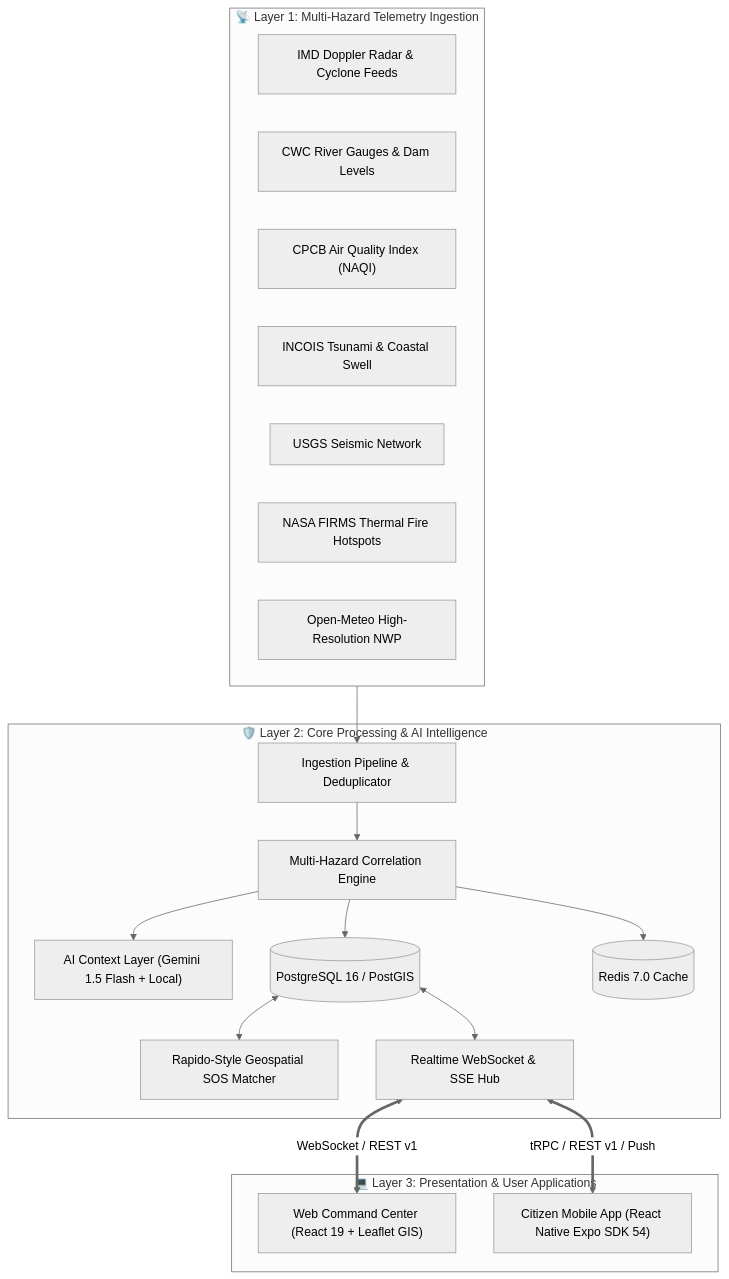
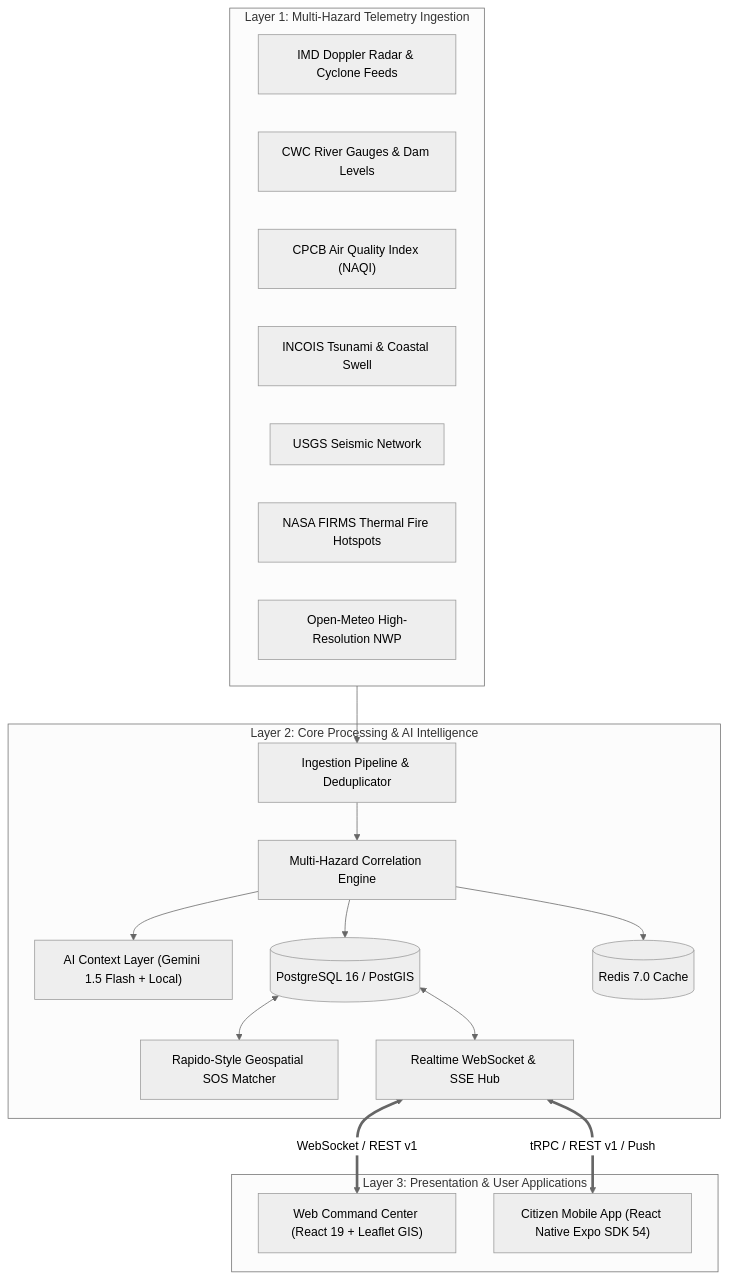
One commit to 25A31A0356/aegis-software changed the fourth of 4 diagrams in README.md. Above: the diagram before and after it, drawn with Mermaid (neutral theme). The commit also changed other lines of this file, not shown here.

Commit message:
docs: fix Mermaid diagram syntax and rich display rendering in README

````diff
--- a/README.md
+++ b/README.md
@@ -519,38 +519,38 @@
 ```mermaid
 flowchart TD
-    subgraph Ingestion_Layer ["📡 Layer 1: Multi-Hazard Telemetry Ingestion"]
+    subgraph Ingestion_Layer ["Layer 1: Multi-Hazard Telemetry Ingestion"]
         IMD["IMD Doppler Radar & Cyclone Feeds"]
         CWC["CWC River Gauges & Dam Levels"]
         CPCB["CPCB Air Quality Index (NAQI)"]
         INCOIS["INCOIS Tsunami & Coastal Swell"]
         USGS["USGS Seismic Network"]
         NASA["NASA FIRMS Thermal Fire Hotspots"]
         METEO["Open-Meteo High-Resolution NWP"]
     end
 
-    subgraph Core_Layer ["🛡️ Layer 2: Core Processing & AI Intelligence"]
+    subgraph Core_Layer ["Layer 2: Core Processing & AI Intelligence"]
         Pipeline["Ingestion Pipeline & Deduplicator"]
         Correlator["Multi-Hazard Correlation Engine"]
         AI_Layer["AI Context Layer (Gemini 1.5 Flash + Local)"]
         SOS_Engine["Rapido-Style Geospatial SOS Matcher"]
         Postgres[(PostgreSQL 16 / PostGIS)]
         Redis[(Redis 7.0 Cache)]
         WS_Hub["Realtime WebSocket & SSE Hub"]
     end
 
-    subgraph Presentation_Layer ["💻 Layer 3: Presentation & User Applications"]
+    subgraph Presentation_Layer ["Layer 3: Presentation & User Applications"]
         Web_Command["Web Command Center (React 19 + Leaflet GIS)"]
         Mobile_App["Citizen Mobile App (React Native Expo SDK 54)"]
     end
 
     Ingestion_Layer --> Pipeline
     Pipeline --> Correlator
     Correlator --> Postgres
     Correlator --> Redis
     Correlator --> AI_Layer
     Postgres <--> SOS_Engine
     Postgres <--> WS_Hub
 
     WS_Hub <==>|WebSocket / REST v1| Web_Command
     WS_Hub <==>|tRPC / REST v1 / Push| Mobile_App
 ```
````
